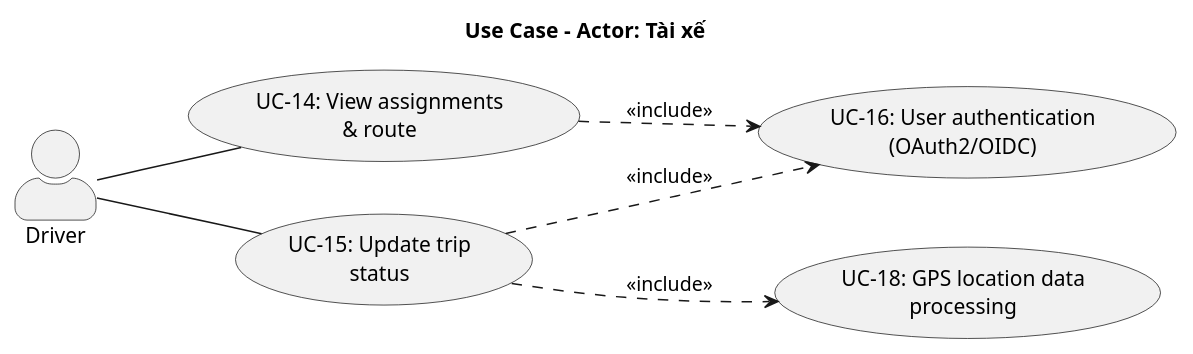
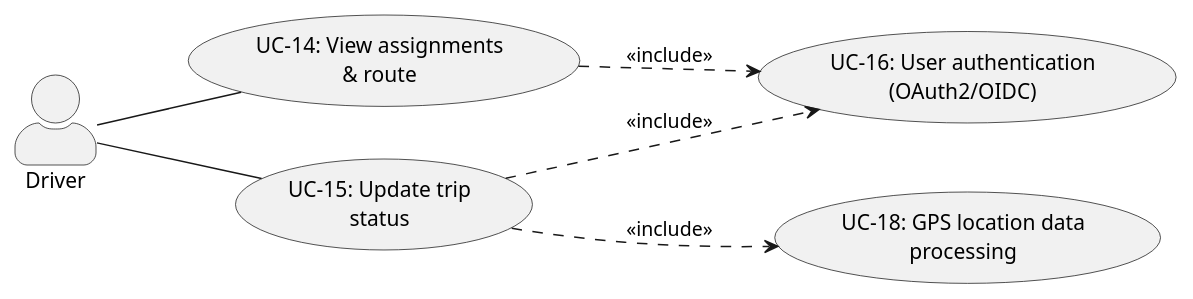
Before and after one commit to phuongbv00/hust-bus-stop: the diagram in docs/uml/usecase/usecase_driver.puml, drawn with PlantUML. The commit also changed 5 other files, not shown here.

Commit message:
docs: update diagrams

```diff
--- a/docs/uml/usecase/usecase_driver.puml
+++ b/docs/uml/usecase/usecase_driver.puml
@@ -1,22 +1,21 @@
 @startuml
-title Use Case - Actor: Tài xế
 left to right direction
 skinparam packageStyle rectangle
 skinparam actorStyle awesome
 
 actor "Driver" as Driver
 
   usecase "UC-14: View assignments\n& route" as UC14
   usecase "UC-15: Update trip\nstatus" as UC15
 
   usecase "UC-16: User authentication\n(OAuth2/OIDC)" as UC16
   usecase "UC-18: GPS location data\nprocessing" as UC18
 
 Driver -- UC14
 Driver -- UC15
 
 ' Include relationships
 UC14 ..> UC16 : <<include>>
 UC15 ..> UC16 : <<include>>
 UC15 ..> UC18 : <<include>>
 @enduml
```
